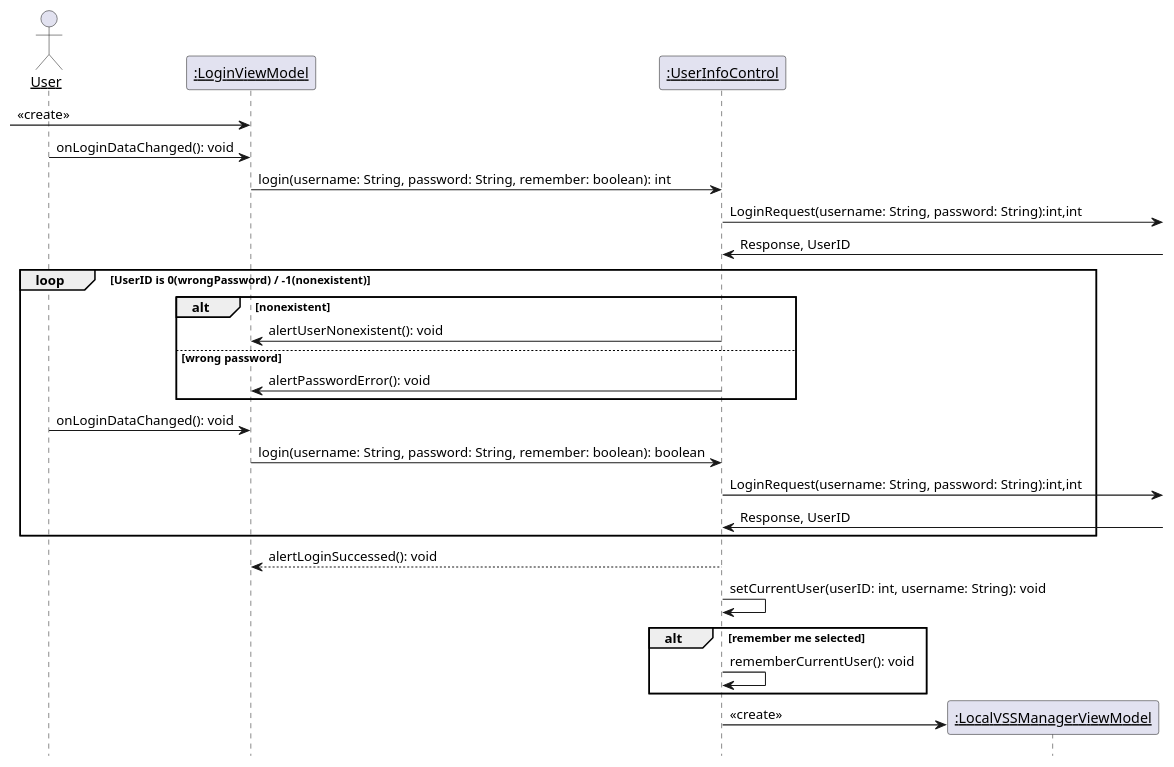
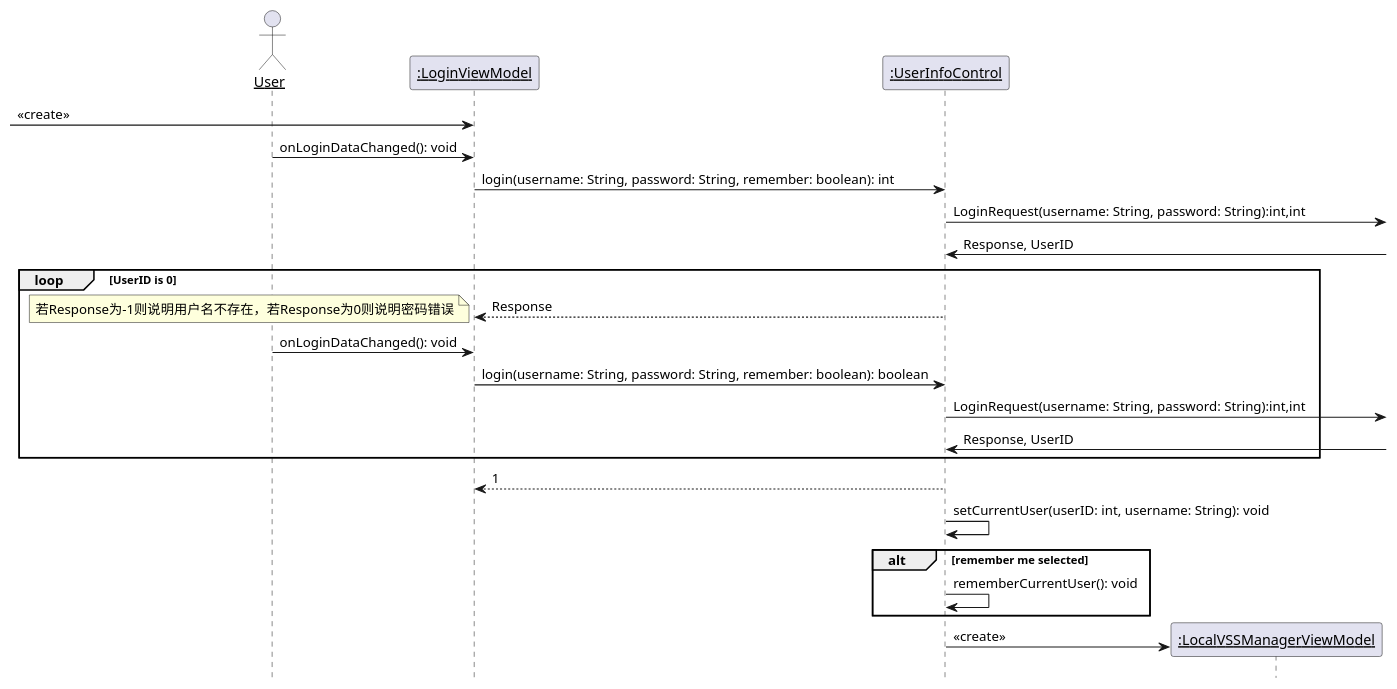
One commit to kpp19920121/doc changed the fifth of 31 diagrams in 设计/顺序图.md. Above: the diagram before and after it, drawn with PlantUML. The commit also changed other lines of this file, not shown here.

Commit message:
补全了顺序图

````diff
--- a/设计/顺序图.md
+++ b/设计/顺序图.md
@@ -127,40 +127,35 @@
 ```PlantUML
 @startuml Diagrams/Login
 hide footbox
 skinparam sequenceParticipant underline
 
 actor User as user
 participant ":LoginViewModel" as boundary
 participant ":UserInfoControl" as control
 participant ":LocalVSSManagerViewModel" as nextpage
 
 
 [-> boundary: <<create>>
 user -> boundary: onLoginDataChanged(): void
-
 boundary -> control: login(username: String, password: String, remember: boolean): int
 control ->: LoginRequest(username: String, password: String):int,int
 control <-:Response, UserID
 
-loop UserID is 0(wrongPassword) / -1(nonexistent)
-    alt nonexistent
-
-        control -> boundary: alertUserNonexistent(): void
-    else wrong password
-        control -> boundary: alertPasswordError(): void
-    end
+loop UserID is 0
+    control --> boundary: Response
+    note left:若Response为-1则说明用户名不存在，若Response为0则说明密码错误
     user -> boundary: onLoginDataChanged(): void
     boundary -> control: login(username: String, password: String, remember: boolean): boolean
     control ->: LoginRequest(username: String, password: String):int,int
     control <-:Response, UserID
 end
-control --> boundary: alertLoginSuccessed(): void
+control --> boundary: 1
 control -> control: setCurrentUser(userID: int, username: String): void
 
 alt remember me selected
     control -> control: rememberCurrentUser(): void
 end
 create nextpage
 control -> nextpage: <<create>>
 @enduml
 ```
````
